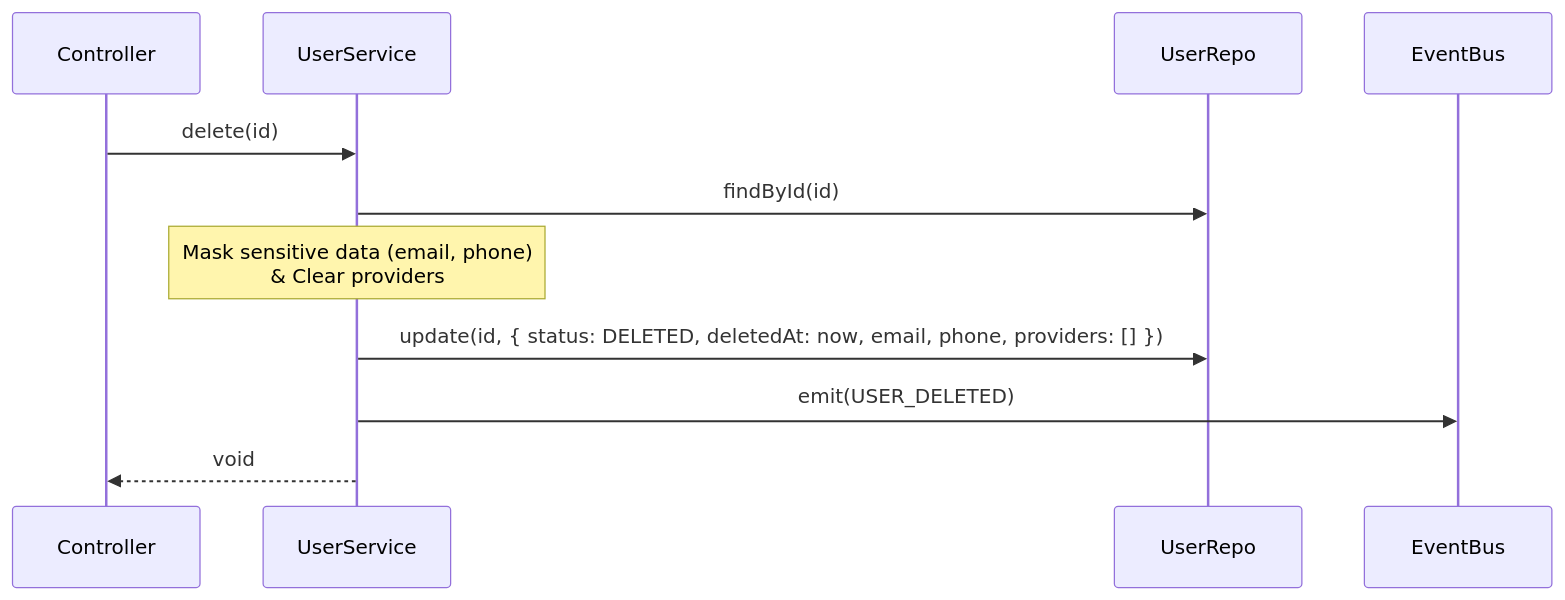
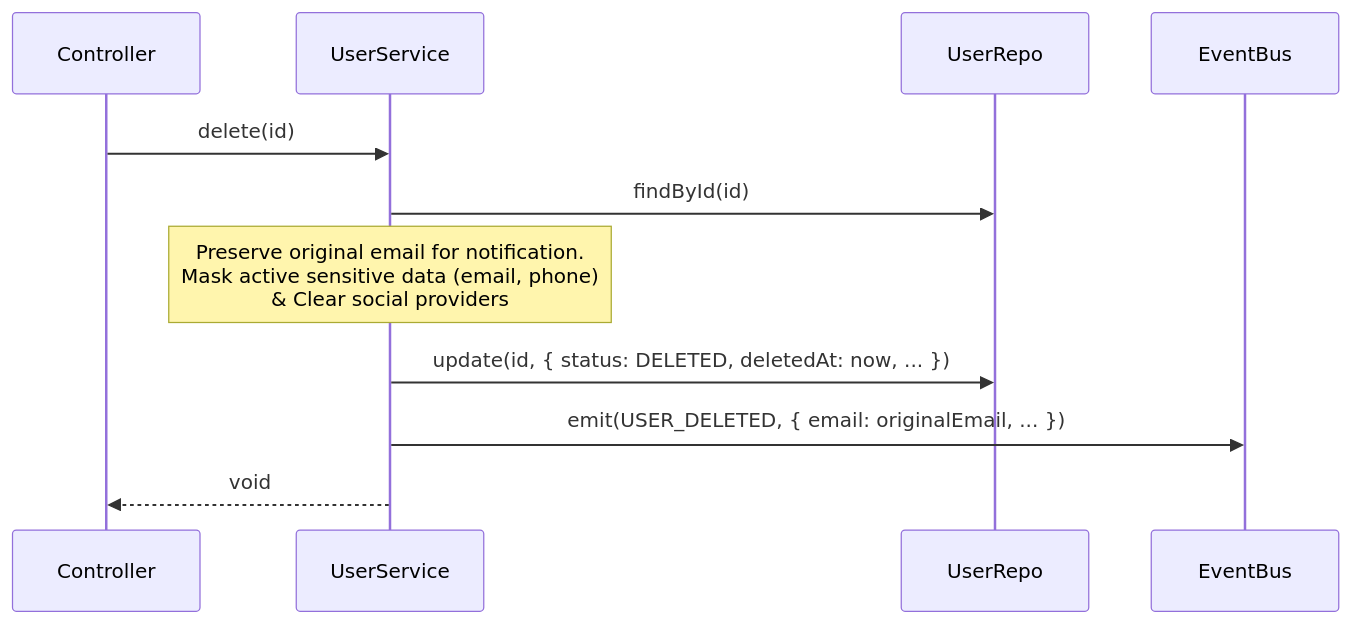
One commit to SangHynh/atomecom changed the sixth of 10 diagrams in server/src/modules/users/README.md. Above: the diagram before and after it, drawn with Mermaid. The commit also changed other lines of this file and 75 other files, not shown here.

````diff
--- a/server/src/modules/users/README.md
+++ b/server/src/modules/users/README.md
@@ -195,14 +196,14 @@
 ```mermaid
 sequenceDiagram
     participant C as Controller
     participant S as UserService
     participant R as UserRepo
     participant EB as EventBus
 
     C->>S: delete(id)
     S->>R: findById(id)
-    Note over S: Mask sensitive data (email, phone)<br/>& Clear providers
-    S->>R: update(id, { status: DELETED, deletedAt: now, email, phone, providers: [] })
-    S->>EB: emit(USER_DELETED)
+    Note over S: Preserve original email for notification.<br/>Mask active sensitive data (email, phone)<br/>& Clear social providers
+    S->>R: update(id, { status: DELETED, deletedAt: now, ... })
+    S->>EB: emit(USER_DELETED, { email: originalEmail, ... })
     S-->>C: void
 ```
````
